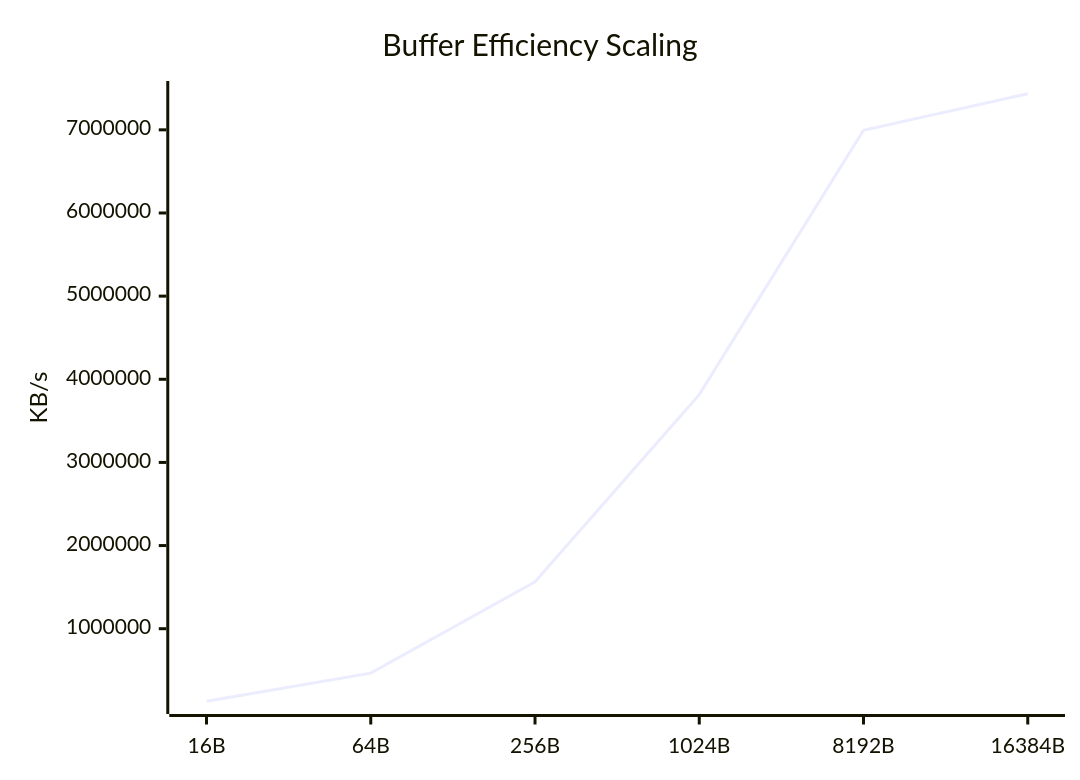
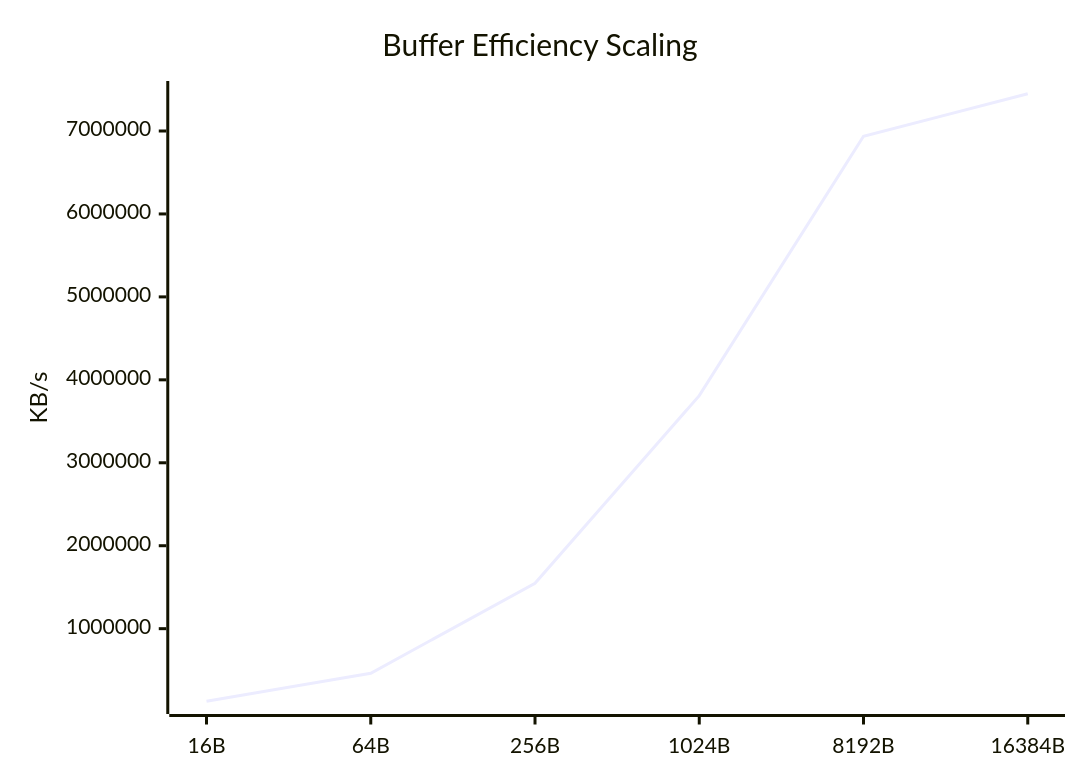
Before and after one commit to taha2samy/openssl_fips: the fifth of 9 diagrams in docs/Comparison_Report.md, drawn with Mermaid. The commit also changed other lines of this file and 2 other files, not shown here.

````diff
--- a/docs/Comparison_Report.md
+++ b/docs/Comparison_Report.md
@@ -94,7 +94,7 @@
 ```mermaid
 xychart-beta
     title "Buffer Efficiency Scaling"
     x-axis [16B, 64B, 256B, 1024B, 8192B, 16384B]
     y-axis "KB/s"
-    line [127576.28, 465390.68, 1564527.67, 3814958.59, 6995646.05, 7434102.25]
+    line [124980.44, 462940.54, 1547822.46, 3809311.23, 6936125.44, 7449034.75]
 ```
````
